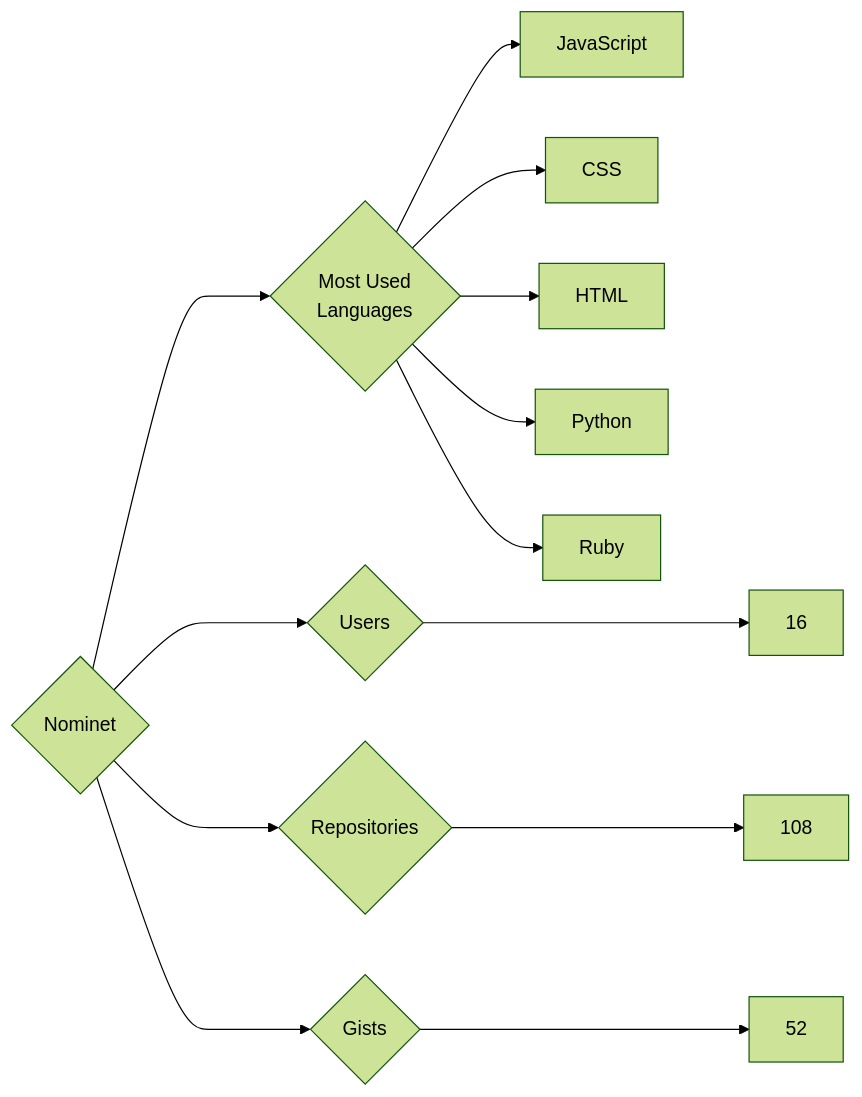
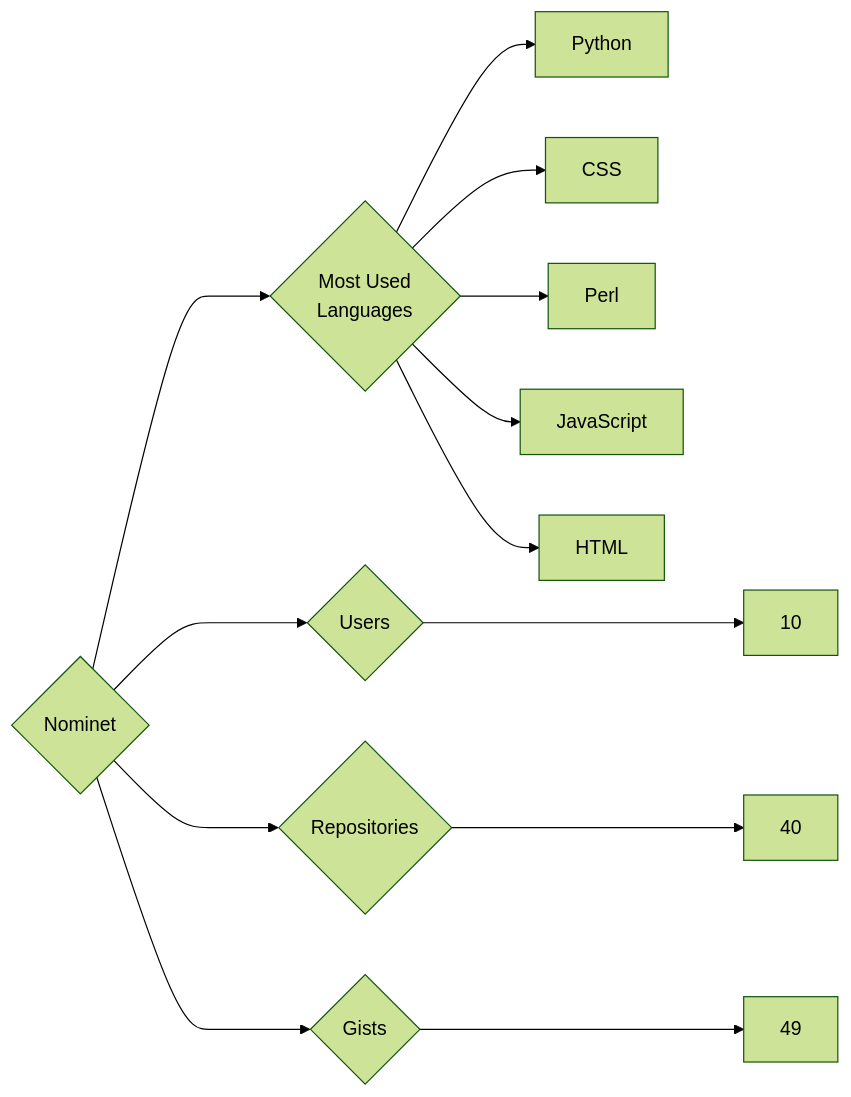
Before and after one commit to trickest/insiders: the diagram in targets/Nominet/README.md, drawn with Mermaid (forest theme). The commit also changed 797 other files, not shown here.

````diff
--- a/targets/Nominet/README.md
+++ b/targets/Nominet/README.md
@@ -3,13 +3,13 @@
 ```mermaid
 graph LR
 COMPANY_NAME{Nominet}
-COMPANY_NAME ---> U{Users} ---> UN[16]
-COMPANY_NAME ---> R{Repositories} ---> RN[108]
-COMPANY_NAME ---> G{Gists} ---> GN[52]
+COMPANY_NAME ---> U{Users} ---> UN[10]
+COMPANY_NAME ---> R{Repositories} ---> RN[40]
+COMPANY_NAME ---> G{Gists} ---> GN[49]
 COMPANY_NAME ---> ML{Most Used<br>Languages}
+ML --> Python[Python]
+ML --> CSS[CSS]
+ML --> Perl[Perl]
 ML --> JavaScript[JavaScript]
-ML --> CSS[CSS]
 ML --> HTML[HTML]
-ML --> Python[Python]
-ML --> Ruby[Ruby]
 ```
````
